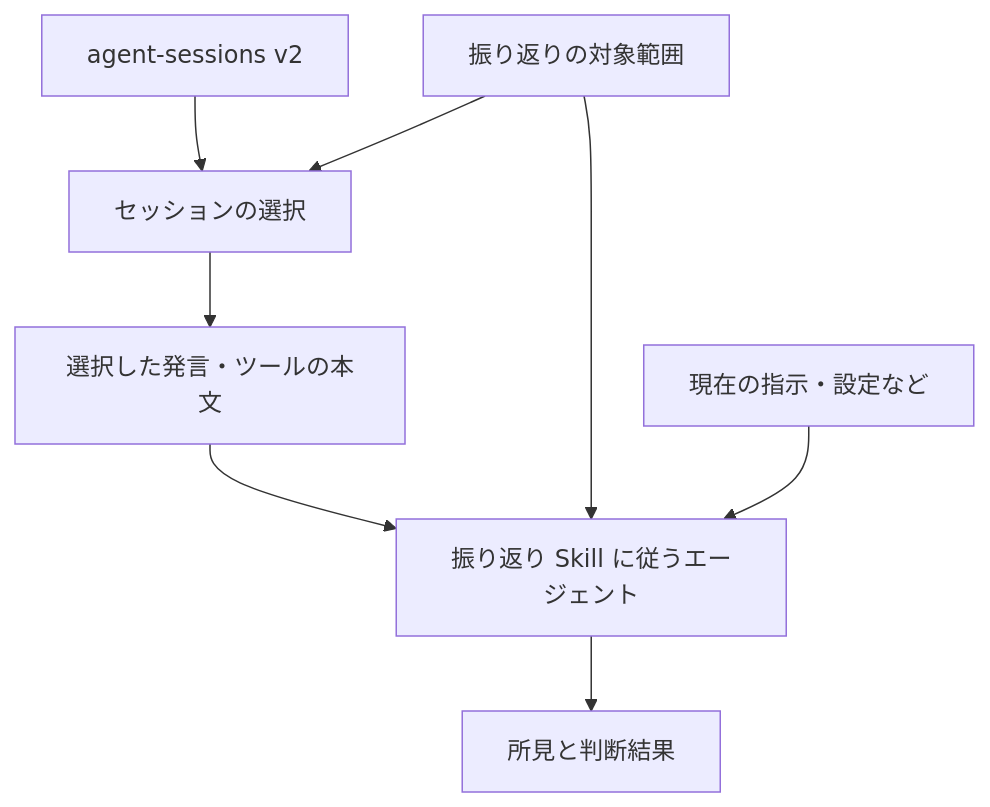
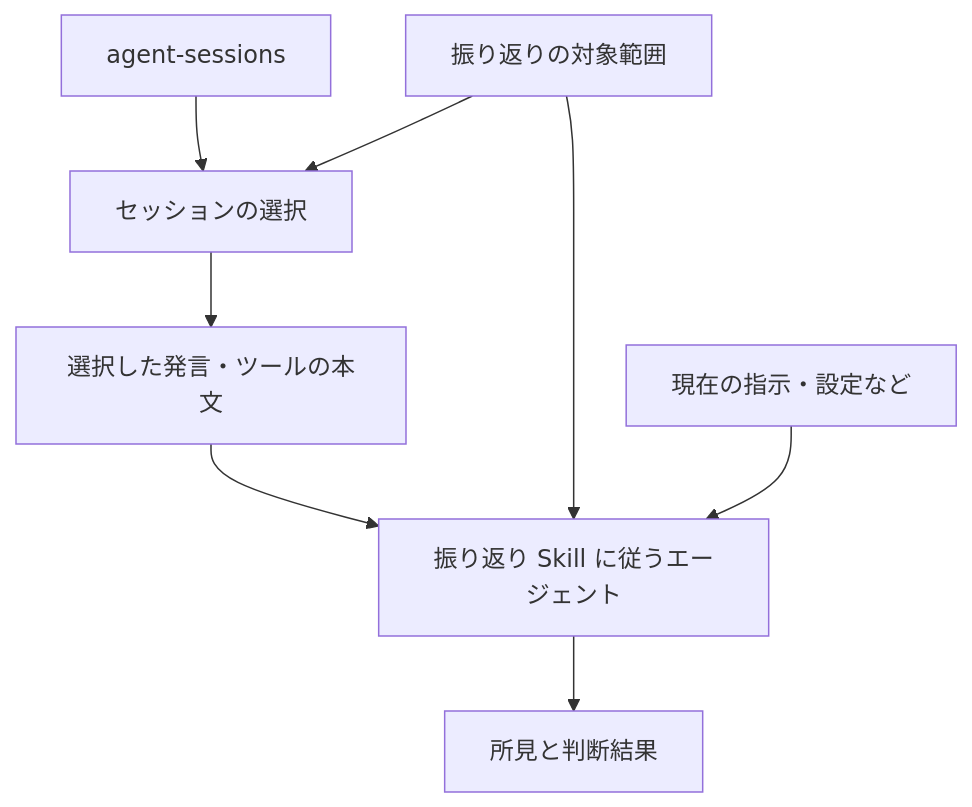
The diagram in README.ja.md (mtk177a/agent-harness-retro), drawn with Mermaid before and after one commit. The commit also changed other lines of this file and 10 other files, not shown here.

Commit message:
fix: read the current agent-sessions response format (#17)

````diff
--- a/README.ja.md
+++ b/README.ja.md
@@ -110,10 +110,10 @@
 ```mermaid
 flowchart TD
-    source["agent-sessions v2"] --> selection["セッションの選択"]
+    source["agent-sessions"] --> selection["セッションの選択"]
     scope["振り返りの対象範囲"] --> selection
     selection --> bodies["選択した発言・ツールの本文"]
     bodies --> review["振り返り Skill に従うエージェント"]
     scope --> review
     harness["現在の指示・設定など"] --> review
     review --> result["所見と判断結果"]
 ```
````
